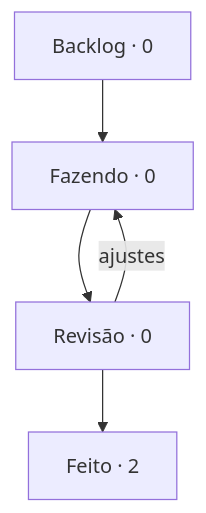
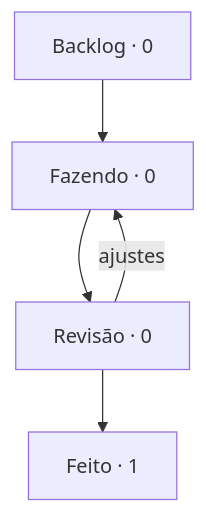
One commit to StudioVibi/VibiKanban changed the diagram in boards/harness/BOARD.md. Above: the diagram before and after it, drawn with Mermaid. The commit also changed other lines of this file and 2 other files, not shown here.

````diff
--- a/boards/harness/BOARD.md
+++ b/boards/harness/BOARD.md
@@ -5,10 +5,10 @@
 ```mermaid
 flowchart TD
   backlog["Backlog · 0"] --> doing["Fazendo · 0"]
   doing --> review["Revisão · 0"]
-  review --> done["Feito · 2"]
+  review --> done["Feito · 1"]
   review -->|ajustes| doing
   doing:::blue
   review:::yellow
   done:::green
 ```
````
